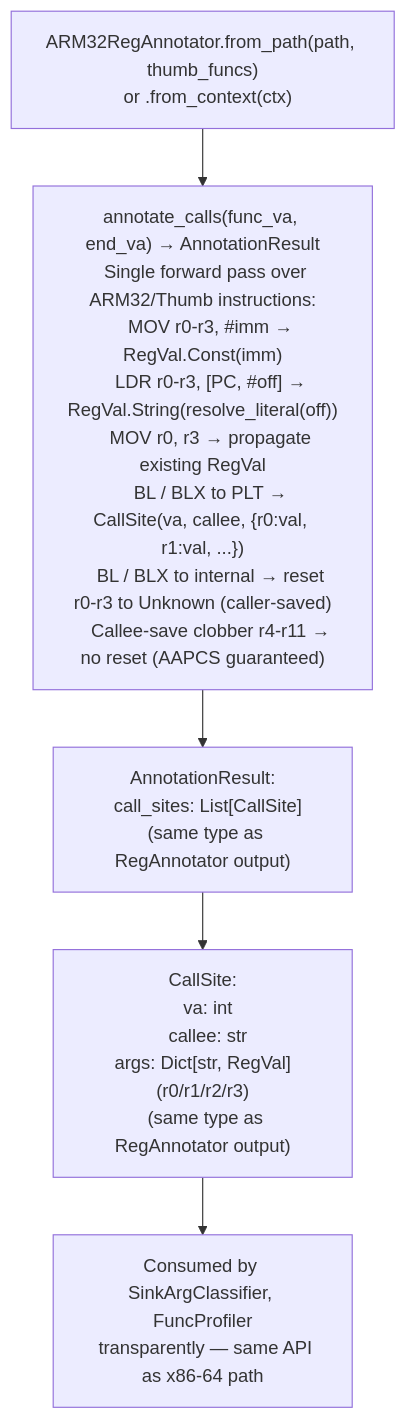
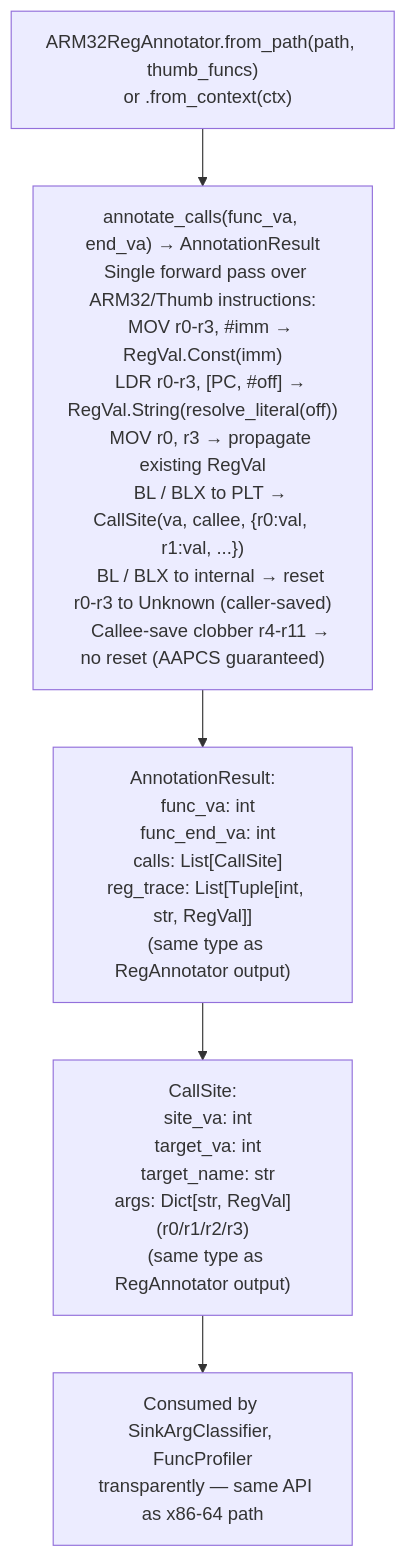
Before and after one commit to Ablation-Tool/ablation: the diagram in docs/reference-modules/calling-convention-and-syscall-models.md, drawn with Mermaid. The commit also changed other lines of this file, not shown here.

First line of the commit message:
docs: fix ARM32RegAnnotator field names in calling-convention-and-syscall-models

````diff
--- a/docs/reference-modules/calling-convention-and-syscall-models.md
+++ b/docs/reference-modules/calling-convention-and-syscall-models.md
@@ -19,7 +19,7 @@
 ```mermaid
 flowchart TD
     A["ARM32RegAnnotator.from_path(path, thumb_funcs)\n  or .from_context(ctx)"] --> B["annotate_calls(func_va, end_va) → AnnotationResult\n  Single forward pass over ARM32/Thumb instructions:\n    MOV r0-r3, #imm → RegVal.Const(imm)\n    LDR r0-r3, [PC, #off] → RegVal.String(resolve_literal(off))\n    MOV r0, r3 → propagate existing RegVal\n    BL / BLX to PLT → CallSite(va, callee, {r0:val, r1:val, ...})\n    BL / BLX to internal → reset r0-r3 to Unknown (caller-saved)\n    Callee-save clobber r4-r11 → no reset (AAPCS guaranteed)"]
-    B --> C["AnnotationResult:\n  call_sites: List[CallSite]\n  (same type as RegAnnotator output)"]
-    C --> D["CallSite:\n  va: int\n  callee: str\n  args: Dict[str, RegVal]  (r0/r1/r2/r3)\n  (same type as RegAnnotator output)"]
+    B --> C["AnnotationResult:\n  func_va: int\n  func_end_va: int\n  calls: List[CallSite]\n  reg_trace: List[Tuple[int, str, RegVal]]\n  (same type as RegAnnotator output)"]
+    C --> D["CallSite:\n  site_va: int\n  target_va: int\n  target_name: str\n  args: Dict[str, RegVal]  (r0/r1/r2/r3)\n  (same type as RegAnnotator output)"]
     D --> E["Consumed by SinkArgClassifier, FuncProfiler\n  transparently — same API as x86-64 path"]
 ```
````
